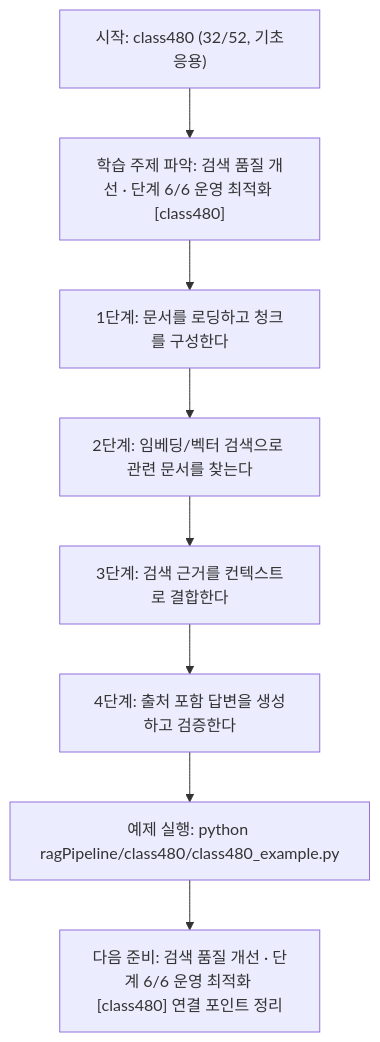
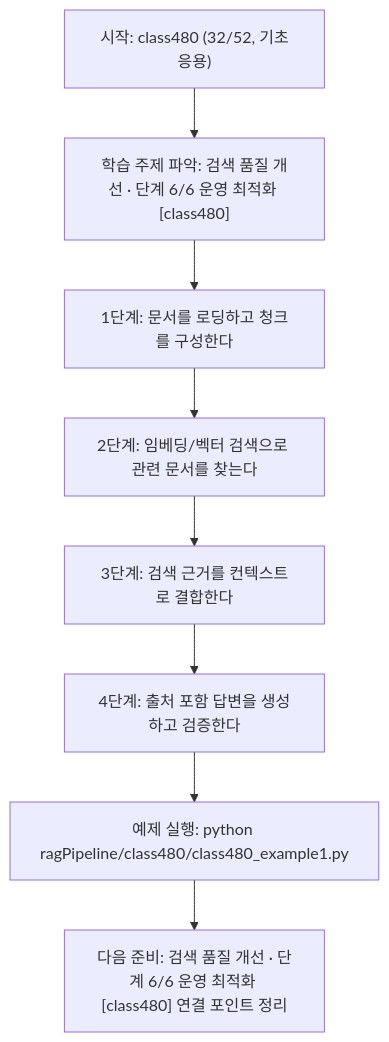
Before and after one commit to edumgt/Python-AI_Agent-Class: the diagram in ragPipeline/class480/class480.md, drawn with Mermaid. The commit also changed other lines of this file and 2959 other files, not shown here.

````diff
--- a/ragPipeline/class480/class480.md
+++ b/ragPipeline/class480/class480.md
@@ -111,18 +111,18 @@
 ```mermaid
 flowchart TD
 N1["시작: class480 (32/52, 기초응용)"]
 N2["학습 주제 파악: 검색 품질 개선 · 단계 6/6 운영 최적화 [class480]"]
 N3["1단계: 문서를 로딩하고 청크를 구성한다"]
 N4["2단계: 임베딩/벡터 검색으로 관련 문서를 찾는다"]
 N5["3단계: 검색 근거를 컨텍스트로 결합한다"]
 N6["4단계: 출처 포함 답변을 생성하고 검증한다"]
-N7["예제 실행: python ragPipeline/class480/class480_example.py"]
+N7["예제 실행: python ragPipeline/class480/class480_example1.py"]
 N8["다음 준비: 검색 품질 개선 · 단계 6/6 운영 최적화 [class480] 연결 포인트 정리"]
 N1 --> N2
 N2 --> N3
 N3 --> N4
 N4 --> N5
 N5 --> N6
 N6 --> N7
 N7 --> N8
 ```
````
